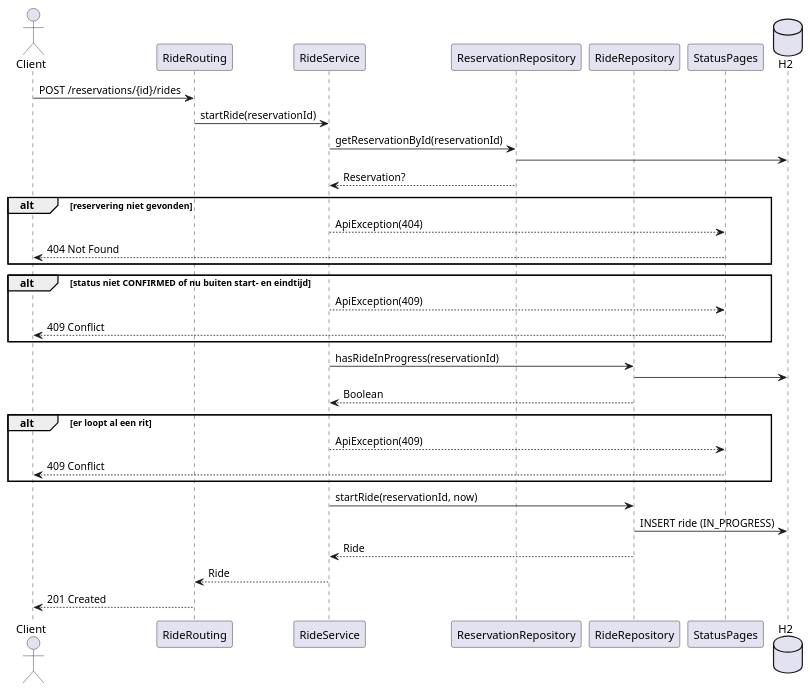
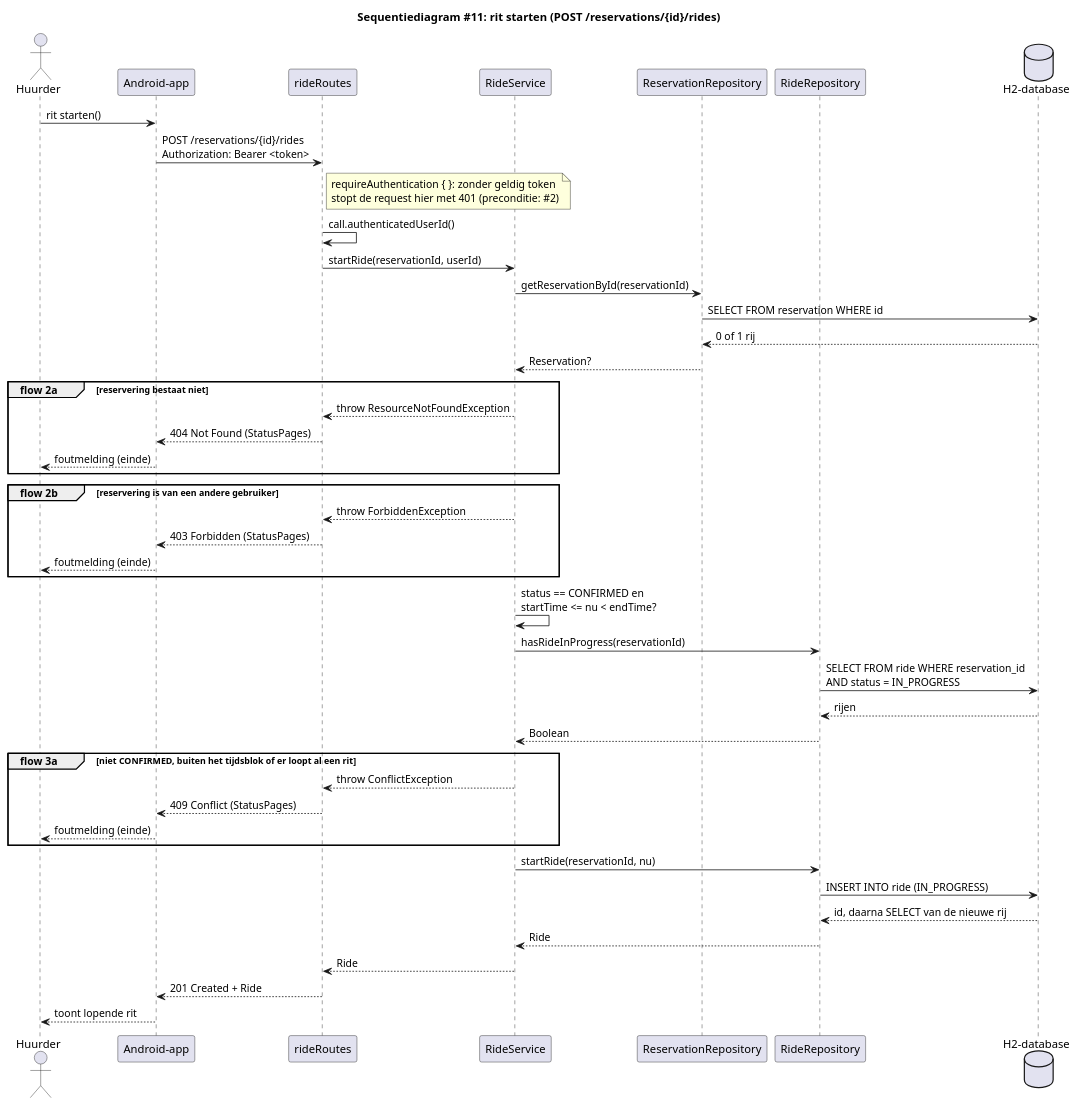
One commit to MarkPrins18/hbo-leerjaar2 changed the diagram in diagrams/sequence/StartRide.puml. Above: the diagram before and after it, drawn with PlantUML. The commit also changed 5 other files, not shown here.

First line of the commit message:
Diagrammen gelijkgetrokken met de code

```diff
--- a/diagrams/sequence/StartRide.puml
+++ b/diagrams/sequence/StartRide.puml
@@ -1,41 +1,57 @@
 @startuml StartRide
+title Sequentiediagram #11: rit starten (POST /reservations/{id}/rides)
 
-actor Client
-participant RideRouting
-participant RideService
-participant ReservationRepository
-participant RideRepository
-participant StatusPages
-database H2
+actor Huurder as g
+participant "Android-app" as app
+participant "rideRoutes" as rt
+participant "RideService" as svc
+participant "ReservationRepository" as resrepo
+participant "RideRepository" as riderepo
+database "H2-database" as db
 
-Client -> RideRouting : POST /reservations/{id}/rides
-RideRouting -> RideService : startRide(reservationId)
+g -> app : rit starten()
+app -> rt : POST /reservations/{id}/rides\nAuthorization: Bearer <token>
+note right of rt
+  requireAuthentication { }: zonder geldig token
+  stopt de request hier met 401 (preconditie: #2)
+end note
+rt -> rt : call.authenticatedUserId()
+rt -> svc : startRide(reservationId, userId)
+svc -> resrepo : getReservationById(reservationId)
+resrepo -> db : SELECT FROM reservation WHERE id
+db --> resrepo : 0 of 1 rij
+resrepo --> svc : Reservation?
 
-RideService -> ReservationRepository : getReservationById(reservationId)
-ReservationRepository -> H2
-ReservationRepository --> RideService : Reservation?
-alt reservering niet gevonden
-    RideService --> StatusPages : ApiException(404)
-    StatusPages --> Client : 404 Not Found
+group flow 2a [reservering bestaat niet]
+    svc --> rt : throw ResourceNotFoundException
+    rt --> app : 404 Not Found (StatusPages)
+    app --> g : foutmelding (einde)
 end
 
-alt status niet CONFIRMED of nu buiten start- en eindtijd
-    RideService --> StatusPages : ApiException(409)
-    StatusPages --> Client : 409 Conflict
+group flow 2b [reservering is van een andere gebruiker]
+    svc --> rt : throw ForbiddenException
+    rt --> app : 403 Forbidden (StatusPages)
+    app --> g : foutmelding (einde)
 end
 
-RideService -> RideRepository : hasRideInProgress(reservationId)
-RideRepository -> H2
-RideRepository --> RideService : Boolean
-alt er loopt al een rit
-    RideService --> StatusPages : ApiException(409)
-    StatusPages --> Client : 409 Conflict
+svc -> svc : status == CONFIRMED en\nstartTime <= nu < endTime?
+svc -> riderepo : hasRideInProgress(reservationId)
+riderepo -> db : SELECT FROM ride WHERE reservation_id\nAND status = IN_PROGRESS
+db --> riderepo : rijen
+riderepo --> svc : Boolean
+
+group flow 3a [niet CONFIRMED, buiten het tijdsblok of er loopt al een rit]
+    svc --> rt : throw ConflictException
+    rt --> app : 409 Conflict (StatusPages)
+    app --> g : foutmelding (einde)
 end
 
-RideService -> RideRepository : startRide(reservationId, now)
-RideRepository -> H2 : INSERT ride (IN_PROGRESS)
-RideRepository --> RideService : Ride
-RideService --> RideRouting : Ride
-RideRouting --> Client : 201 Created
+svc -> riderepo : startRide(reservationId, nu)
+riderepo -> db : INSERT INTO ride (IN_PROGRESS)
+db --> riderepo : id, daarna SELECT van de nieuwe rij
+riderepo --> svc : Ride
+svc --> rt : Ride
+rt --> app : 201 Created + Ride
+app --> g : toont lopende rit
 
 @enduml
```
